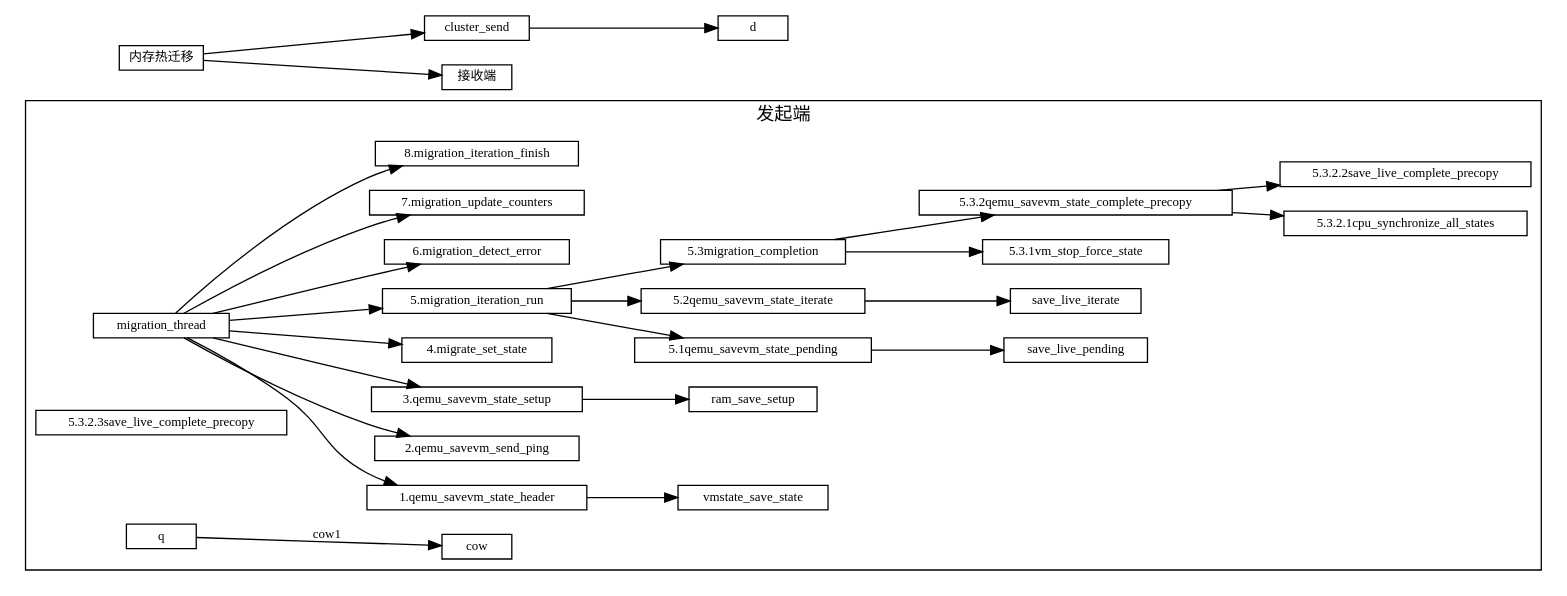
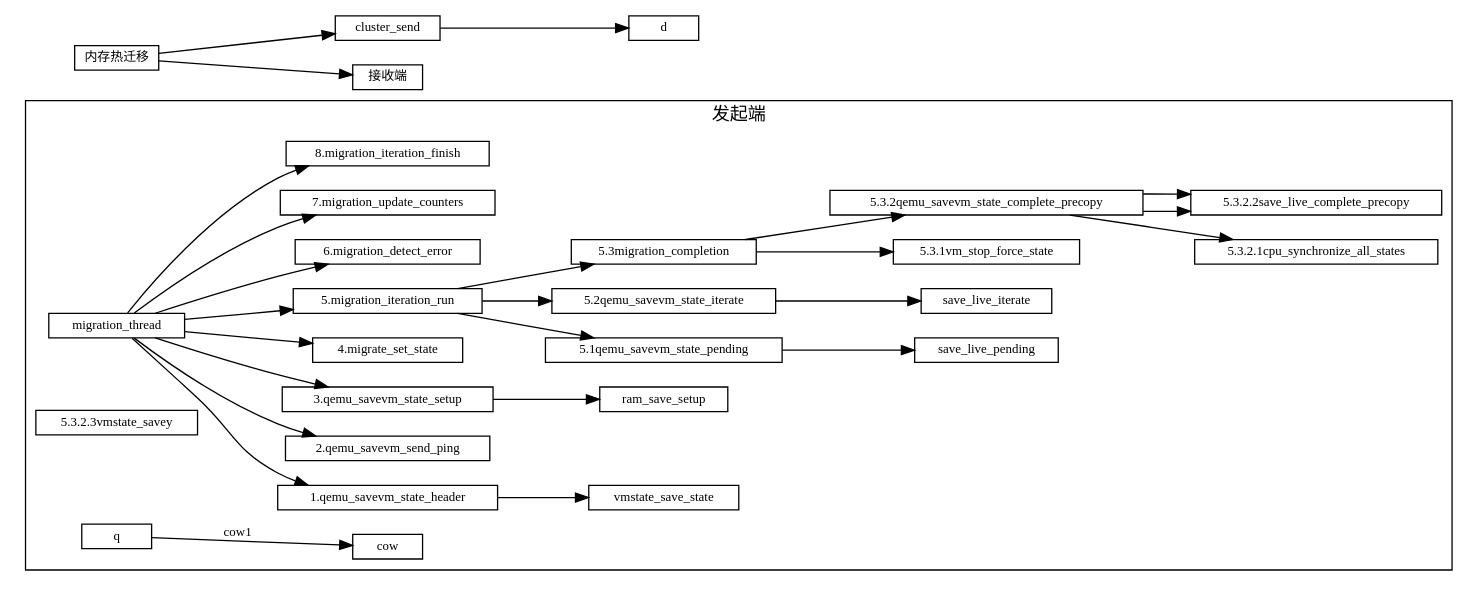
Before and after one commit to sisyphus1212/note: the diagram in 虚拟化/热迁移/1-内存热迁移.md, drawn with Graphviz.

Commit message:
auto_update

````diff
--- a/虚拟化/热迁移/1-内存热迁移.md
+++ b/虚拟化/热迁移/1-内存热迁移.md
@@ -11,65 +11,66 @@
 ```graphviz
 digraph {
 fontname="Helvetica,Arial,sans-serif"
 //node [fontname="Helvetica,Arial,sans-serif"]
 //edge [fontname="Helvetica,Arial,sans-serif"]
 rankdir="LR"
 node [fontsize=10, shape=record, height=0.25]
 edge [fontsize=10]
   subgraph send {
     cluster=true;
     label="发起端";
     qemu_savevm_state_header[label="1.qemu_savevm_state_header"];
     qemu_savevm_send_ping[label="2.qemu_savevm_send_ping"];
     qemu_savevm_state_setup[label="3.qemu_savevm_state_setup"];
     migrate_set_state[label="4.migrate_set_state"];
     migration_iteration_run[label="5.migration_iteration_run"];
 
     migration_detect_error[label="6.migration_detect_error"];
     migration_update_counters[label="7.migration_update_counters"];
     migration_iteration_finish[label="8.migration_iteration_finish"];
 
     migration_thread -> qemu_savevm_state_header
                      -> vmstate_save_state;
     migration_thread -> qemu_savevm_send_ping;
     migration_thread -> qemu_savevm_state_setup
                      -> ram_save_setup;
     migration_thread -> migrate_set_state;
 
     qemu_savevm_state_pending[label="5.1qemu_savevm_state_pending"];
     qemu_savevm_state_iterate[label="5.2qemu_savevm_state_iterate"];
     migration_completion[label="5.3migration_completion"];
 
     vm_stop_force_state[label="5.3.1vm_stop_force_state"]
     qemu_savevm_state_complete_precopy[label="5.3.2qemu_savevm_state_complete_precopy"]
     cpu_synchronize_all_states[label="5.3.2.1cpu_synchronize_all_states"]
     save_live_complete_precopy[label="5.3.2.2save_live_complete_precopy"]
-    vmstate_save[label="5.3.2.3save_live_complete_precopy"]
+    vmstate_save[label="5.3.2.3vmstate_savey"]
     migration_thread ->
          migration_iteration_run->qemu_savevm_state_pending
                                 ->save_live_pending;
          migration_iteration_run->qemu_savevm_state_iterate
                                 ->save_live_iterate;
          migration_iteration_run->
             migration_completion->vm_stop_force_state;
             migration_completion->qemu_savevm_state_complete_precopy;
             qemu_savevm_state_complete_precopy->cpu_synchronize_all_states;
-            qemu_savevm_state_complete_precopy->save_live_complete_precopy
+            qemu_savevm_state_complete_precopy->save_live_complete_precopy;
+            qemu_savevm_state_complete_precopy->save_live_complete_precopy;
 
 
     migration_thread -> migration_detect_error
     migration_thread -> migration_update_counters
     migration_thread -> migration_iteration_finish
 
 
 
     q -> cow[label="cow1"];
   }
 
 内存热迁移 [label="内存热迁移"]
 内存热迁移 -> cluster_send
            -> d
 
 内存热迁移 -> 接收端
 }
 ```
````
